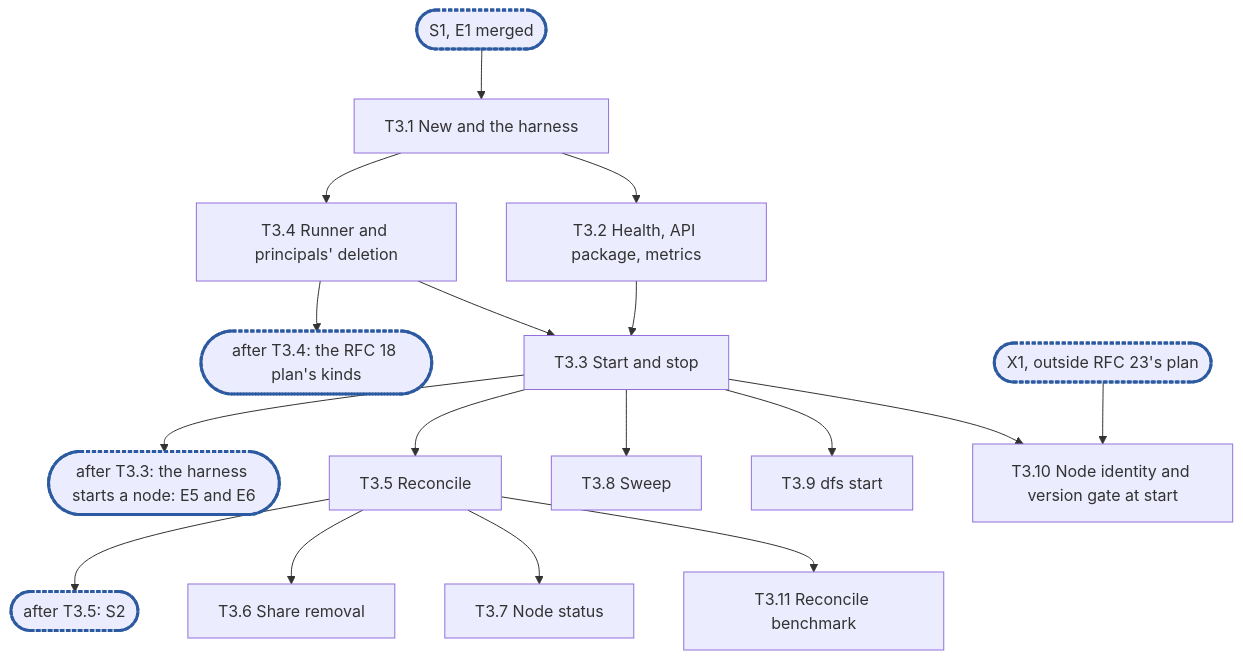
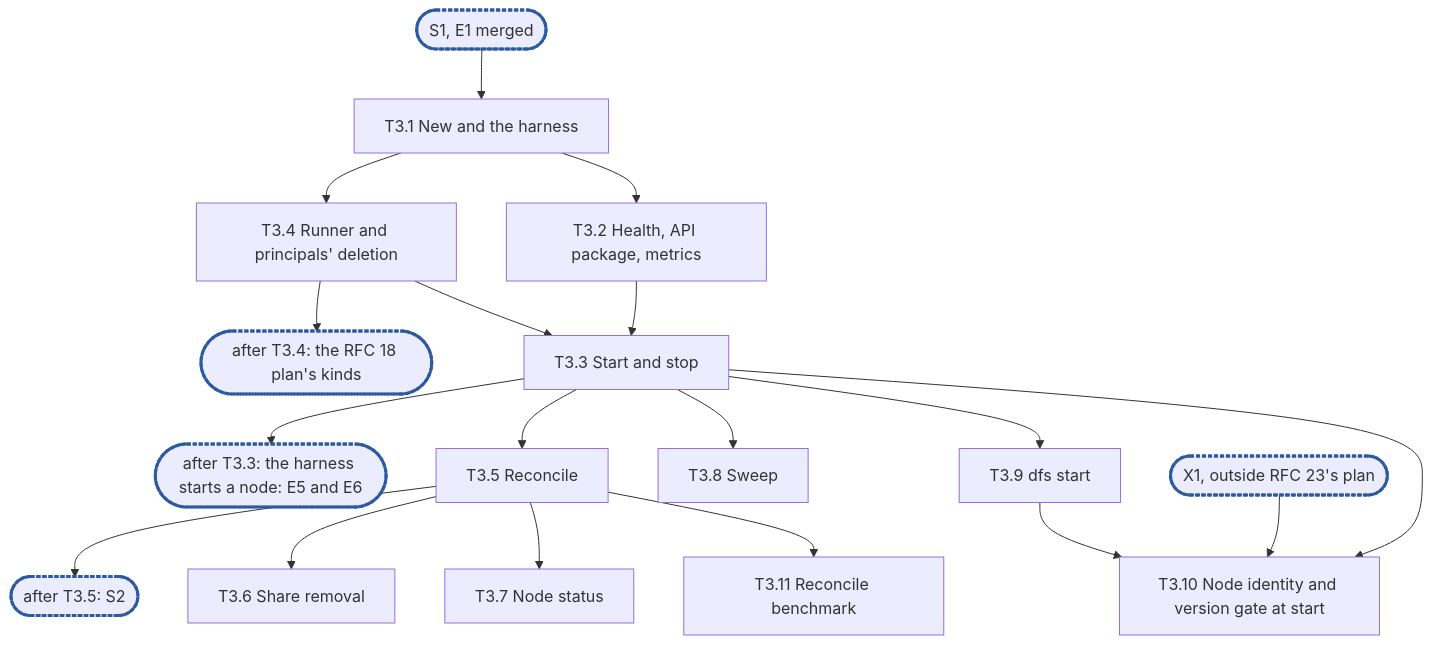
The diagram in .planning/rfc-23-control-plane-epic3.md (cubbit/dittofs), drawn with Mermaid before and after one commit. The commit also changed other lines of this file and 4 other files, not shown here.

````diff
--- a/.planning/rfc-23-control-plane-epic3.md
+++ b/.planning/rfc-23-control-plane-epic3.md
@@ -790,19 +793,19 @@
 ```mermaid
 flowchart TD
   S1(["S1, E1 merged"]):::sync --> T3_1["T3.1 New and the harness"]
   T3_1 --> T3_4["T3.4 Runner and principals' deletion"]
   T3_4 --> C2(["after T3.4: the RFC 18 plan's kinds"]):::sync
   T3_1 --> T3_2["T3.2 Health, API package, metrics"]
   T3_2 & T3_4 --> T3_3["T3.3 Start and stop"]
   T3_3 --> C1(["after T3.3: the harness starts a node: E5 and E6"]):::sync
   T3_3 --> T3_5["T3.5 Reconcile"]
   T3_5 --> C3(["after T3.5: S2"]):::sync
   T3_5 --> T3_6["T3.6 Share removal"]
   T3_5 --> T3_7["T3.7 Node status"]
   T3_3 --> T3_8["T3.8 Sweep"]
   T3_3 --> T3_9["T3.9 dfs start"]
-  T3_3 --> T3_10["T3.10 Node identity and version gate at start"]
+  T3_3 & T3_9 --> T3_10["T3.10 Node identity and version gate at start"]
   X1(["X1, outside RFC 23's plan"]):::sync --> T3_10
   T3_5 --> T3_11["T3.11 Reconcile benchmark"]
   classDef sync stroke:#2c5aa0,stroke-width:3px,stroke-dasharray:4 2
 ```
````
